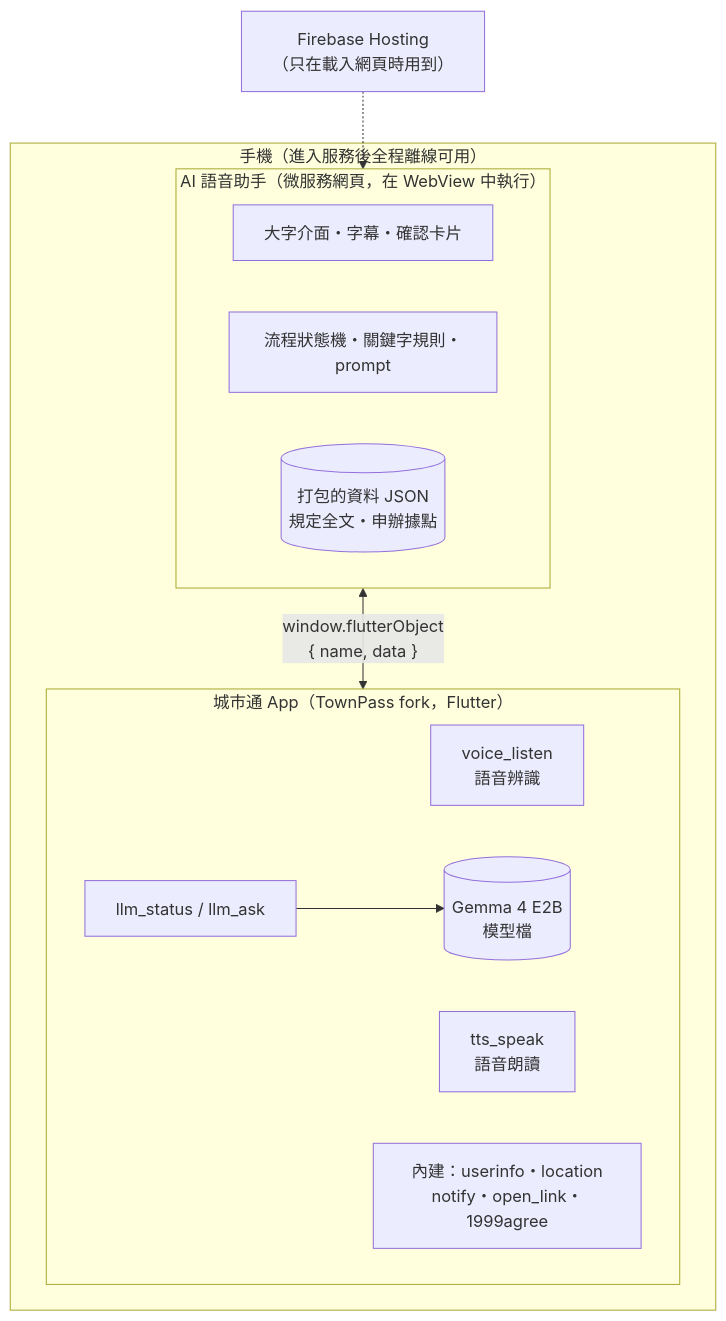
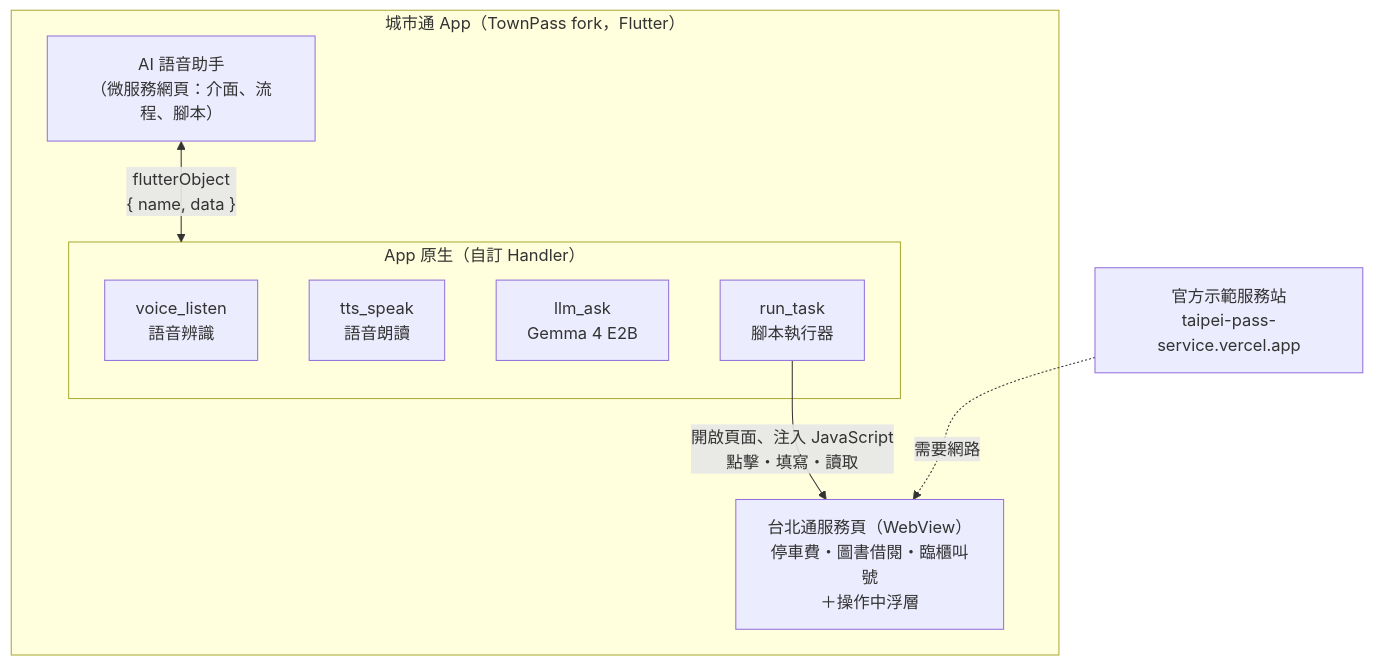
The first of 2 diagrams in docs/系統設計文件.md (jsyang0322/TPE_Codefest2026), drawn with Mermaid before and after one commit. The commit also changed other lines of this file and 2 other files, not shown here.

First line of the commit message:
Switch step 4 to scripts that operate TownPass services

````diff
--- a/docs/系統設計文件.md
+++ b/docs/系統設計文件.md
@@ -43,20 +59,16 @@
 ```mermaid
 flowchart TB
-    subgraph Phone["手機（進入服務後全程離線可用）"]
-        subgraph Web["AI 語音助手（微服務網頁，在 WebView 中執行）"]
-            UI["大字介面・字幕・確認卡片"]
-            SM["流程狀態機・關鍵字規則・prompt"]
-            D[("打包的資料 JSON<br/>規定全文・申辦據點")]
+    subgraph App["城市通 App（TownPass fork，Flutter）"]
+        Web["AI 語音助手<br/>（微服務網頁：介面、流程、腳本）"]
+        subgraph Native["App 原生（自訂 Handler）"]
+            STT["voice_listen<br/>語音辨識"]
+            TTS["tts_speak<br/>語音朗讀"]
+            LLM["llm_ask<br/>Gemma 4 E2B"]
+            RUN["run_task<br/>腳本執行器"]
         end
-        subgraph App["城市通 App（TownPass fork，Flutter）"]
-            H1["voice_listen<br/>語音辨識"]
-            H2["tts_speak<br/>語音朗讀"]
-            H3["llm_status / llm_ask"]
-            H4["內建：userinfo・location<br/>notify・open_link・1999agree"]
-            M[("Gemma 4 E2B<br/>模型檔")]
-            H3 --> M
-        end
-        Web <-- "window.flutterObject<br/>{ name, data }" --> App
+        Svc["台北通服務頁（WebView）<br/>停車費・圖書借閱・臨櫃叫號<br/>＋操作中浮層"]
+        Web <-- "flutterObject<br/>{ name, data }" --> Native
+        RUN -- "開啟頁面、注入 JavaScript<br/>點擊・填寫・讀取" --> Svc
     end
-    FH["Firebase Hosting<br/>（只在載入網頁時用到）"] -.-> Web
+    Site["官方示範服務站<br/>taipei-pass-service.vercel.app"] -. "需要網路" .-> Svc
 ```
````
